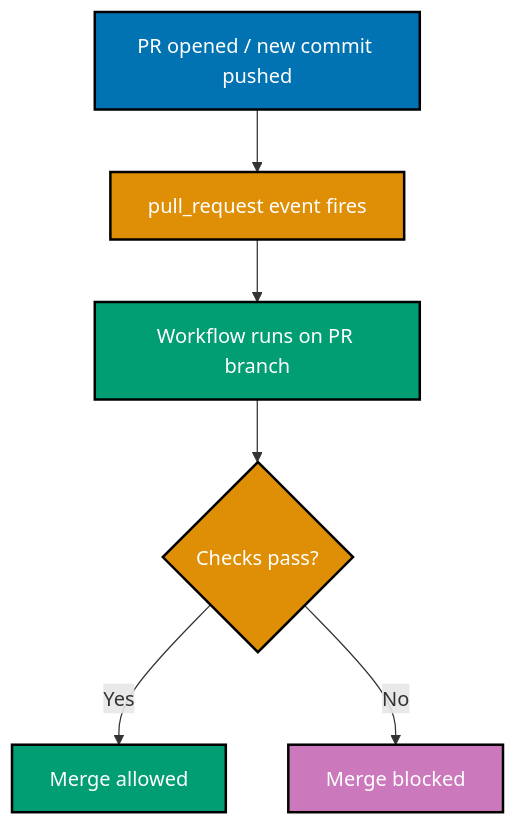
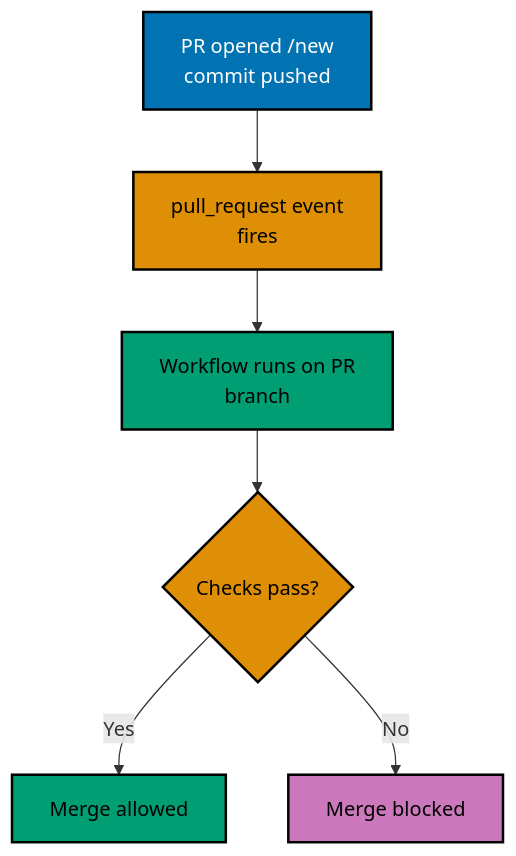
The second of 8 diagrams in apps/ayokoding-www/content/en/learn/legacy/software-engineering/automation-tools/github-actions/by-example/beginner.md (wahidyankf/ose-public), drawn with Mermaid before and after one commit. The commit also changed other lines of this file and 131 other files, not shown here.

First line of the commit message:
fix(mermaid): bring the legacy data, infrastructure, and testing diagrams onto the accessible palette

````diff
--- a/apps/ayokoding-www/content/en/learn/legacy/software-engineering/automation-tools/github-actions/by-example/beginner.md
+++ b/apps/ayokoding-www/content/en/learn/legacy/software-engineering/automation-tools/github-actions/by-example/beginner.md
@@ -201,13 +204,16 @@
 ```mermaid
 graph TD
-    A["PR opened / new commit pushed"]:::blue --> B["pull_request event fires"]:::orange
-    B --> C["Workflow runs on PR branch"]:::teal
+    accTitle: Example 5: The pullrequest Trigger
+    accDescr: Graph with 6 nodes and 5 connections. Nodes: PR opened /new commit pushed, pull_request event fires, Workflow runs on PR branch, Checks pass?, Merge allowed, Merge blocked. Connections: PR opened /new commit pushed to pull_request event fires, pull_request event fires to Workflow runs on PR branch, Workflow runs on PR branch to Checks pass?, Checks pass? to Merge allowed (Yes), Checks pass? to Merge blocked (No).
+    A["PR opened /new<br/>commit pushed"]:::blue --> B["pull_request event<br/>fires"]:::orange
+    B --> C["Workflow runs on PR<br/>branch"]:::teal
     C --> D{"Checks pass?"}:::orange
     D -->|Yes| E["Merge allowed"]:::teal
     D -->|No| F["Merge blocked"]:::purple
 
-    classDef blue fill:#0173B2,stroke:#000,color:#fff,stroke-width:2px
-    classDef orange fill:#DE8F05,stroke:#000,color:#fff,stroke-width:2px
-    classDef teal fill:#029E73,stroke:#000,color:#fff,stroke-width:2px
-    classDef purple fill:#CC78BC,stroke:#000,color:#fff,stroke-width:2px
+    classDef blue fill:#0173B2,stroke:#000000,color:#FFFFFF,stroke-width:2px
+    classDef orange fill:#DE8F05,stroke:#000000,color:#000000,stroke-width:2px
+    classDef teal fill:#029E73,stroke:#000000,color:#000000,stroke-width:2px
+    classDef purple fill:#CC78BC,stroke:#000000,color:#000000,stroke-width:2px
+    classDef default fill:#FFFFFF,stroke:#000000,color:#000000
 ```
````
